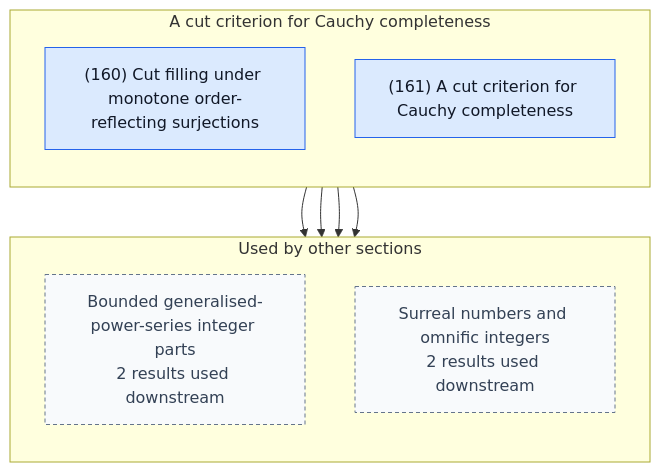
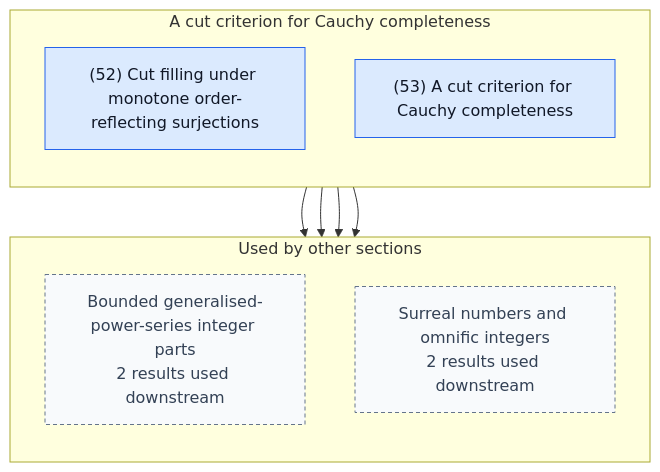
One commit to gaearon/conway-refinement changed the sixth of 8 diagrams in README.md. Above: the diagram before and after it, drawn with Mermaid. The commit also changed other lines of this file and 82 other files, not shown here.

````diff
--- a/README.md
+++ b/README.md
@@ -1229,31 +524,31 @@
 ```mermaid
 %% Generated by scripts/blueprint.sh; do not edit.
 %% Other sections are compressed to boundary nodes.
 %% Solid arrows are proof dependencies; dashed arrows are statement dependencies.
 flowchart TB
   subgraph current["A cut criterion for Cauchy completeness"]
     direction TB
-    n160["(160) Cut filling under monotone order-reflecting surjections"]:::lemma
-    n161["(161) A cut criterion for Cauchy completeness"]:::lemma
+    n052["(52) Cut filling under monotone order-reflecting surjections"]:::lemma
+    n053["(53) A cut criterion for Cauchy completeness"]:::lemma
   end
   subgraph outputs["Used by other sections"]
     direction TB
     out0["Bounded generalised-power-series integer parts<br/>2 results used downstream"]:::boundary
     out1["Surreal numbers and omnific integers<br/>2 results used downstream"]:::boundary
   end
 
-  n160 --> out0
-  n161 --> out0
-  n160 --> out1
-  n161 --> out1
-  click n160 "https://gaearon.github.io/conway-refinement/#/result/cut-filling-order-reflecting-surjection" "Open the statement for lemma 160"
-  click n161 "https://gaearon.github.io/conway-refinement/#/result/complete-of-coinitial-scales-and-cut-filling" "Open the statement for lemma 161"
+  n052 --> out0
+  n053 --> out0
+  n052 --> out1
+  n053 --> out1
+  click n052 "https://gaearon.github.io/conway-refinement/#/result/cut-filling-order-reflecting-surjection" "Open the statement for lemma 52"
+  click n053 "https://gaearon.github.io/conway-refinement/#/result/complete-of-coinitial-scales-and-cut-filling" "Open the statement for lemma 53"
 
   classDef theorem fill:#fff3bf,stroke:#e67700,stroke-width:2px,color:#111827
   classDef definition fill:#f3f4f6,stroke:#4b5563,color:#111827
   classDef lemma fill:#dbeafe,stroke:#2563eb,color:#111827
   classDef proposition fill:#ede9fe,stroke:#7c3aed,color:#111827
   classDef corollary fill:#dcfce7,stroke:#16a34a,color:#111827
   classDef fact fill:#fce7f3,stroke:#db2777,color:#111827
   classDef boundary fill:#f8fafc,stroke:#64748b,stroke-dasharray:4 3,color:#334155
 ```
````
